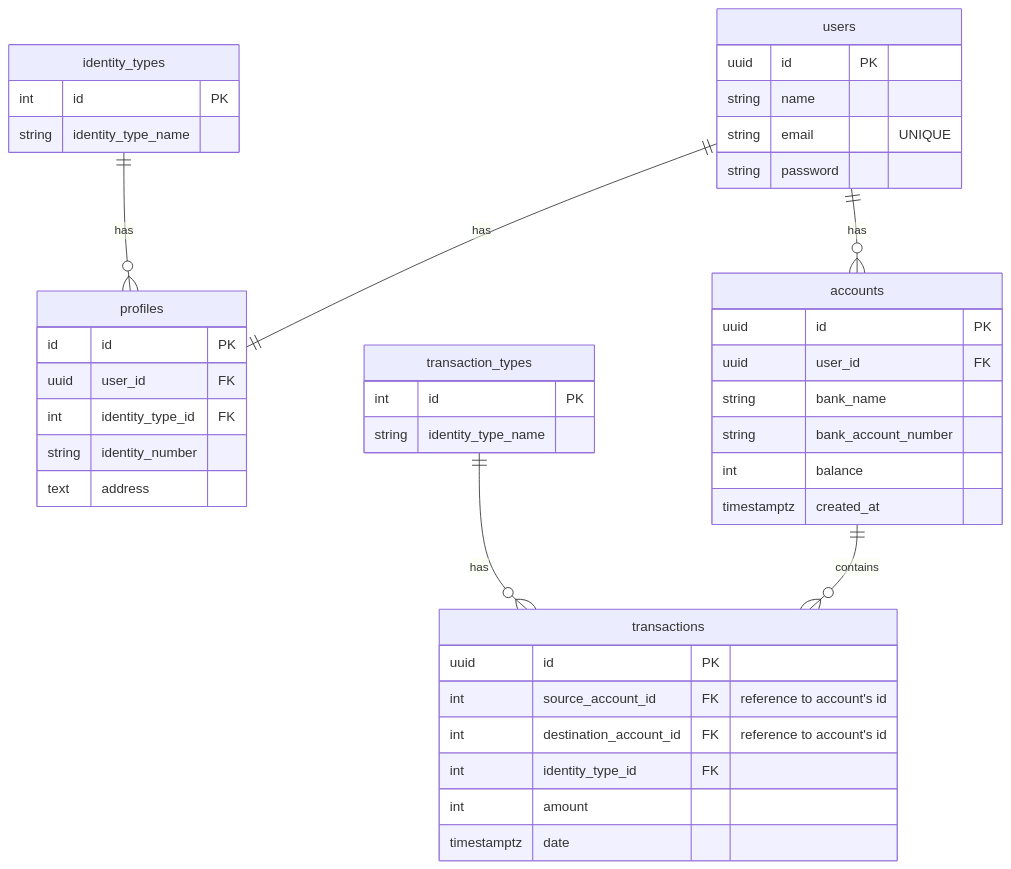
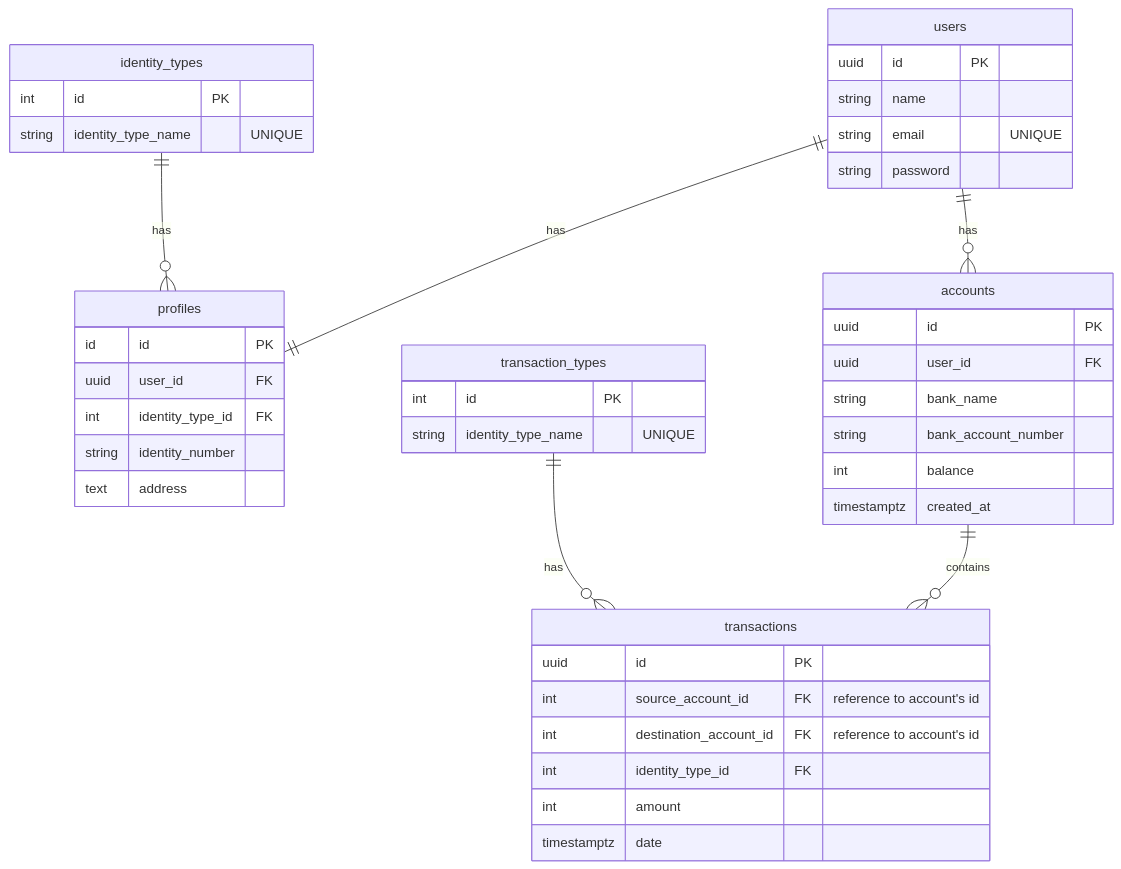
One commit to KevinDylanPrayudi/BEJS_fgabatch2_KevinDylanPrayudi_ChallengeChapter4 changed the diagram in README.md. Above: the diagram before and after it, drawn with Mermaid. The commit also changed 14 other files, not shown here.

````diff
--- a/README.md
+++ b/README.md
@@ -2,50 +2,50 @@
 ```mermaid
 erDiagram
     users ||--|| profiles : has
     users ||--o{ accounts : has
     users {
         uuid id PK
         string name
         string email "UNIQUE"
         string password
     }
 
     profiles {
         id id PK
         uuid user_id FK
         int identity_type_id FK
         string identity_number
         text address
     }
 
     identity_types ||--o{ profiles : has
     identity_types {
         int id PK
-        string identity_type_name
+        string identity_type_name "UNIQUE"
     }
 
     accounts ||--o{ transactions : contains
     accounts {
         uuid id PK
         uuid user_id FK
         string bank_name
         string bank_account_number
         int balance
         timestamptz created_at
     }
 
    transactions {
         uuid id PK
         int source_account_id FK "reference to account's id"
         int destination_account_id FK "reference to account's id"
         int identity_type_id FK
         int amount
         timestamptz date
    }
 
    transaction_types ||--o{ transactions : has
    transaction_types {
         int id PK
-        string identity_type_name
+        string identity_type_name "UNIQUE"
    }
 ```
````
